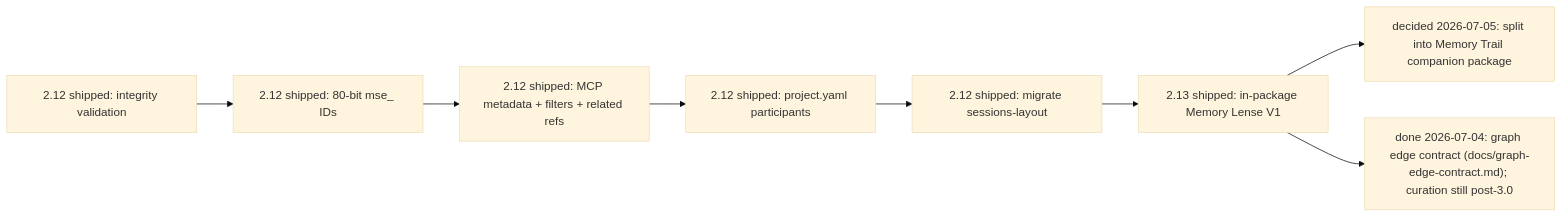
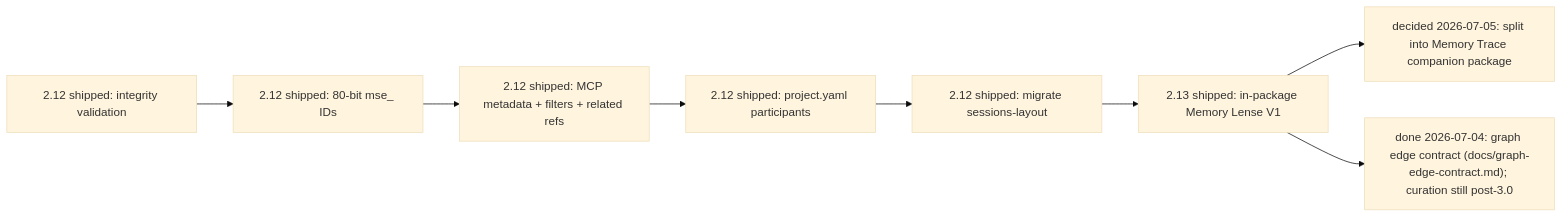
One commit to jnl-tshi/memory-seed changed the diagram in docs/todo/3.0-plan.md. Above: the diagram before and after it, drawn with Mermaid (base theme). The commit also changed other lines of this file and 28 other files, not shown here.

````diff
--- a/docs/todo/3.0-plan.md
+++ b/docs/todo/3.0-plan.md
@@ -395,11 +395,11 @@
 ```mermaid
 flowchart LR
   P3["2.12 shipped: integrity validation"]
   P3 --> ID["2.12 shipped: 80-bit mse_ IDs"]
   ID --> P4["2.12 shipped: MCP metadata + filters + related refs"]
   P4 --> S2["2.12 shipped: project.yaml participants"]
   S2 --> P5["2.12 shipped: migrate sessions-layout"]
   P5 --> LENSE["2.13 shipped: in-package Memory Lense V1"]
-  LENSE --> DIST["decided 2026-07-05: split into Memory Trail companion package"]
+  LENSE --> DIST["decided 2026-07-05: split into Memory Trace companion package"]
   LENSE --> GRAPH["done 2026-07-04: graph edge contract (docs/graph-edge-contract.md); curation still post-3.0"]
 ```
````
